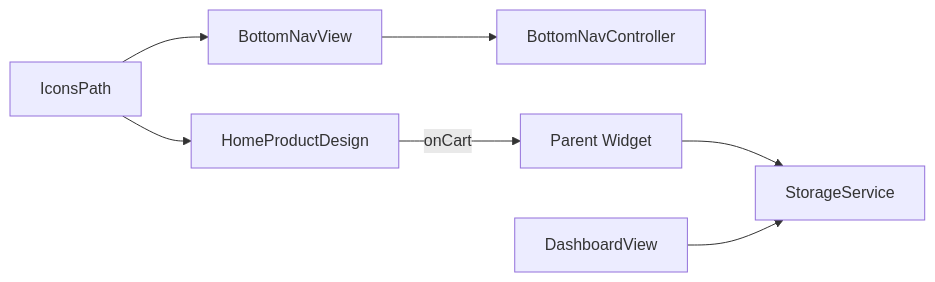
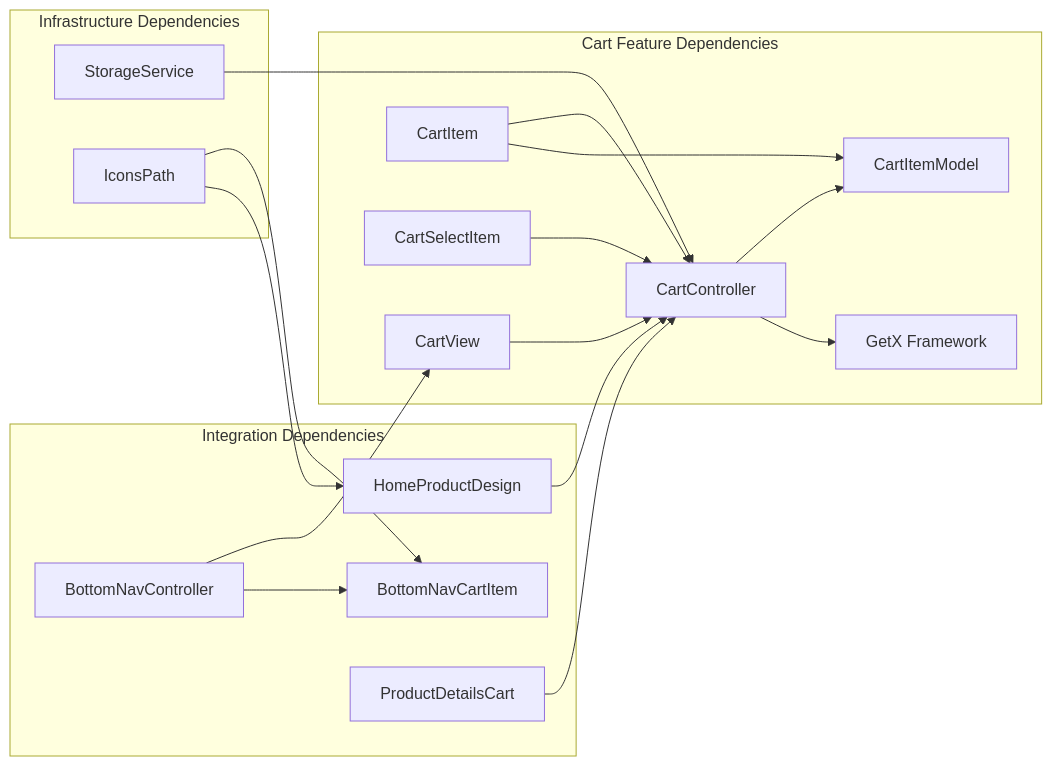
One commit to Ariful3111/FurniGo changed diagram 11 of 11 in .qoder/repowiki/en/content/Core Features/E-commerce Platform/Shopping Cart System.md. Above: the diagram before and after it, drawn with Mermaid. The commit also changed other lines of this file and 12 other files, not shown here.

````diff
--- a/.qoder/repowiki/en/content/Core Features/E-commerce Platform/Shopping Cart System.md
+++ b/.qoder/repowiki/en/content/Core Features/E-commerce Platform/Shopping Cart System.md
@@ -284,9 +387,22 @@
 ```mermaid
 graph LR
-BN["BottomNavView"] --> BNC["BottomNavController"]
-HPD["HomeProductDesign"] --> |onCart| Parent["Parent Widget"]
-Parent --> STORAGE["StorageService"]
-DASH["DashboardView"] --> STORAGE
-ICONS["IconsPath"] --> BN
+subgraph "Cart Feature Dependencies"
+CC["CartController"] --> CIM["CartItemModel"]
+CC --> GetX["GetX Framework"]
+CV["CartView"] --> CC
+CI["CartItem"] --> CC
+CI --> CIM
+CSI["CartSelectItem"] --> CC
+end
+subgraph "Integration Dependencies"
+BNC["BottomNavController"] --> CV
+BNC --> BNCI["BottomNavCartItem"]
+HPD["HomeProductDesign"] --> CC
+PDC["ProductDetailsCart"] --> CC
+end
+subgraph "Infrastructure Dependencies"
+SS["StorageService"] --> CC
+ICONS["IconsPath"] --> BNCI
 ICONS --> HPD
+end
 ```
````
